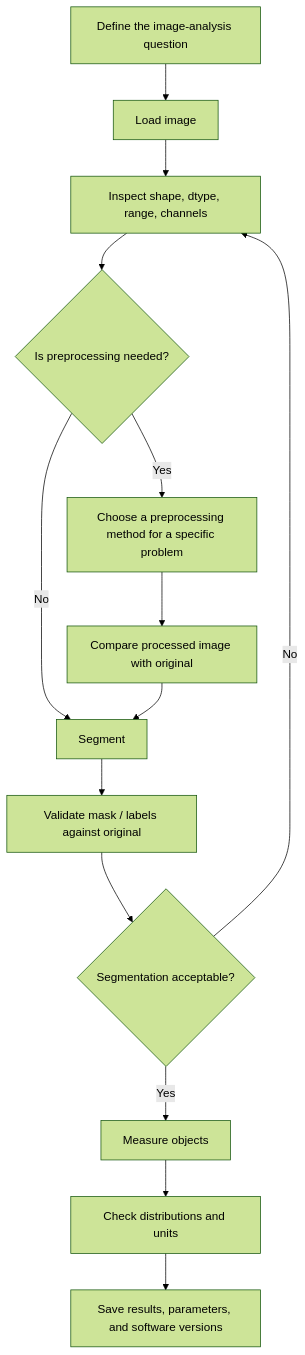
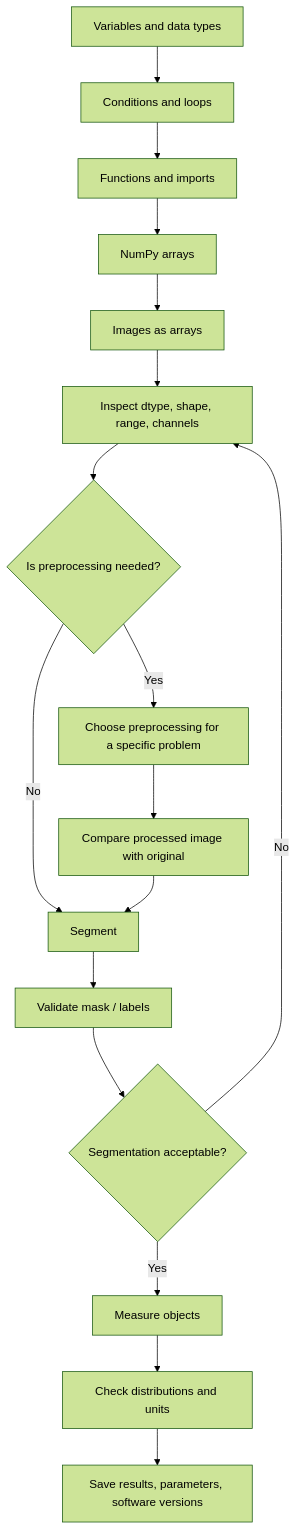
The second of 2 diagrams in README.md (Mobarak-Karim/PyImageCourse_beginner), drawn with Mermaid (forest theme) before and after one commit. The commit also changed other lines of this file, not shown here.

Commit message:
Add Python-first learning path and beginner roadmap

````diff
--- a/README.md
+++ b/README.md
@@ -95,16 +135,19 @@
 ```mermaid
 flowchart TD
-    A[Define the image-analysis question] --> B[Load image]
-    B --> C[Inspect shape, dtype, range, channels]
-    C --> D{Is preprocessing needed?}
-    D -->|No| E[Segment]
-    D -->|Yes| F[Choose a preprocessing method for a specific problem]
-    F --> G[Compare processed image with original]
-    G --> E
-    E --> H[Validate mask / labels against original]
-    H --> I{Segmentation acceptable?}
-    I -->|No| C
-    I -->|Yes| J[Measure objects]
-    J --> K[Check distributions and units]
-    K --> L[Save results, parameters, and software versions]
+    A[Variables and data types] --> B[Conditions and loops]
+    B --> C[Functions and imports]
+    C --> D[NumPy arrays]
+    D --> E[Images as arrays]
+    E --> F[Inspect dtype, shape, range, channels]
+    F --> G{Is preprocessing needed?}
+    G -->|No| H[Segment]
+    G -->|Yes| I[Choose preprocessing for a specific problem]
+    I --> J[Compare processed image with original]
+    J --> H
+    H --> K[Validate mask / labels]
+    K --> L{Segmentation acceptable?}
+    L -->|No| F
+    L -->|Yes| M[Measure objects]
+    M --> N[Check distributions and units]
+    N --> O[Save results, parameters, software versions]
 ```
````
